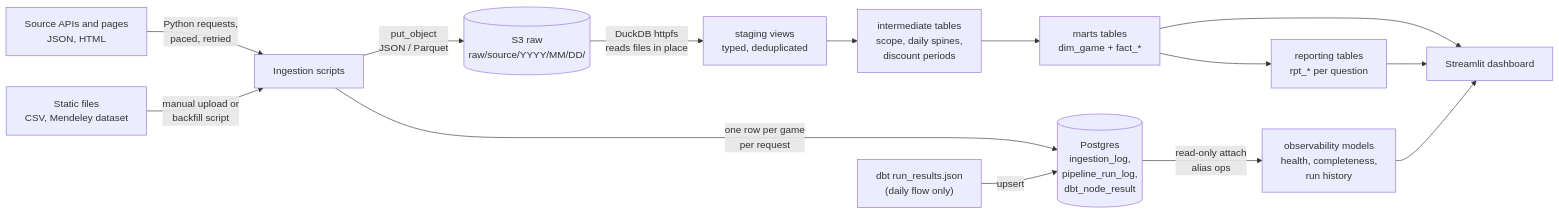
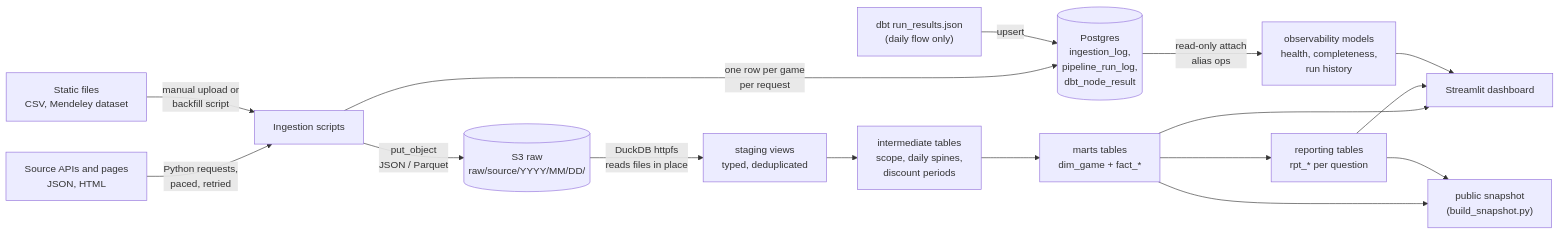
The second of 8 diagrams in docs/TRD.md (Aakash-1107/Game-Market-Intelligence), drawn with Mermaid before and after one commit. The commit also changed other lines of this file and 14 other files, not shown here.

````diff
--- a/docs/TRD.md
+++ b/docs/TRD.md
@@ -75,16 +78,18 @@
 ```mermaid
 flowchart LR
     API["Source APIs and pages<br/>JSON, HTML"] -->|"Python requests,<br/>paced, retried"| ING["Ingestion scripts"]
     FILES["Static files<br/>CSV, Mendeley dataset"] -->|"manual upload or<br/>backfill script"| ING
     ING -->|"put_object<br/>JSON / Parquet"| S3[("S3 raw<br/>raw/source/YYYY/MM/DD/")]
     ING -->|"one row per game<br/>per request"| PG[("Postgres<br/>ingestion_log,<br/>pipeline_run_log,<br/>dbt_node_result")]
     S3 -->|"DuckDB httpfs<br/>reads files in place"| STG["staging views<br/>typed, deduplicated"]
     STG --> INT["intermediate tables<br/>scope, daily spines,<br/>discount periods"]
     INT --> MART["marts tables<br/>dim_game + fact_*"]
     MART --> RPT["reporting tables<br/>rpt_* per question"]
     PG -->|"read-only attach<br/>alias ops"| OBSM["observability models<br/>health, completeness,<br/>run history"]
     MART --> DASH["Streamlit dashboard"]
     RPT --> DASH
     OBSM --> DASH
     DBT["dbt run_results.json<br/>(daily flow only)"] -->|"upsert"| PG
+    MART --> SNAP["public snapshot<br/>(build_snapshot.py)"]
+    RPT --> SNAP
 ```
````
